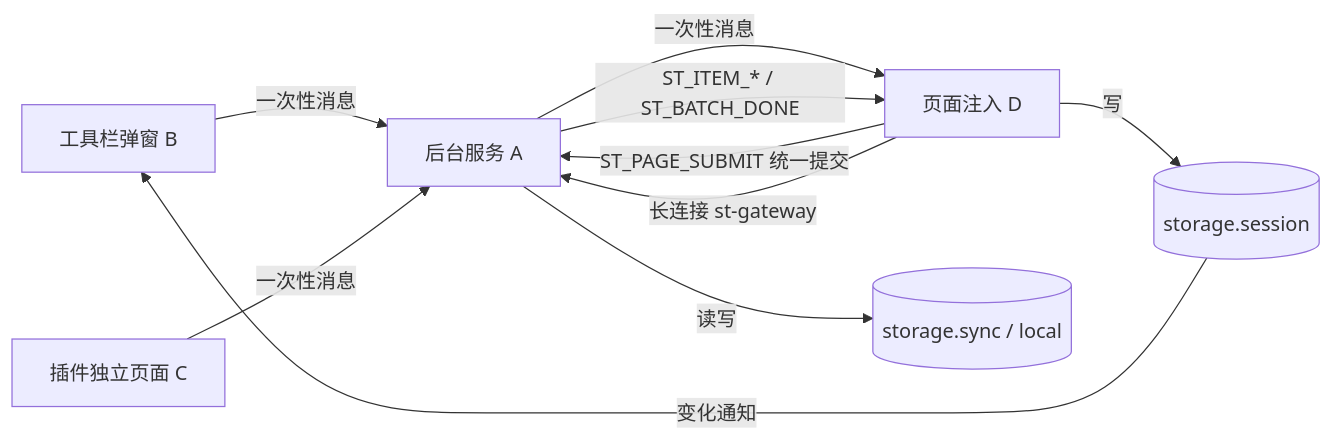
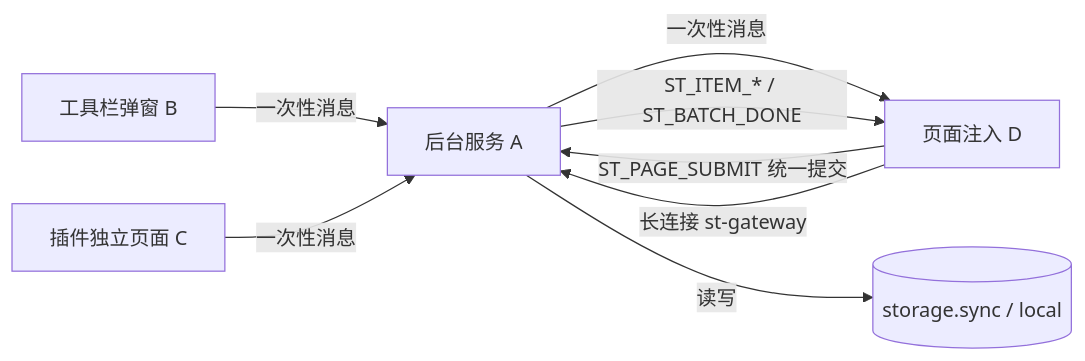
The first of 5 diagrams in docs/项目架构.md (xiaochen0517/simpletrans), drawn with Mermaid before and after one commit. The commit also changed other lines of this file and 54 other files, not shown here.

````diff
--- a/docs/项目架构.md
+++ b/docs/项目架构.md
@@ -561,12 +541,10 @@
 ```mermaid
 flowchart LR
   POP[工具栏弹窗 B] -- 一次性消息 --> BG[后台服务 A]
   OPT[插件独立页面 C] -- 一次性消息 --> BG
   BG -- 一次性消息 --> CS[页面注入 D]
   CS -- ST_PAGE_SUBMIT 统一提交 --> BG
   CS -- 长连接 st-gateway --> BG
   BG -- ST_ITEM_* / ST_BATCH_DONE --> CS
-  CS -- 写 --> SS[(storage.session)]
-  SS -- 变化通知 --> POP
   BG -- 读写 --> ST[(storage.sync / local)]
 ```
````
